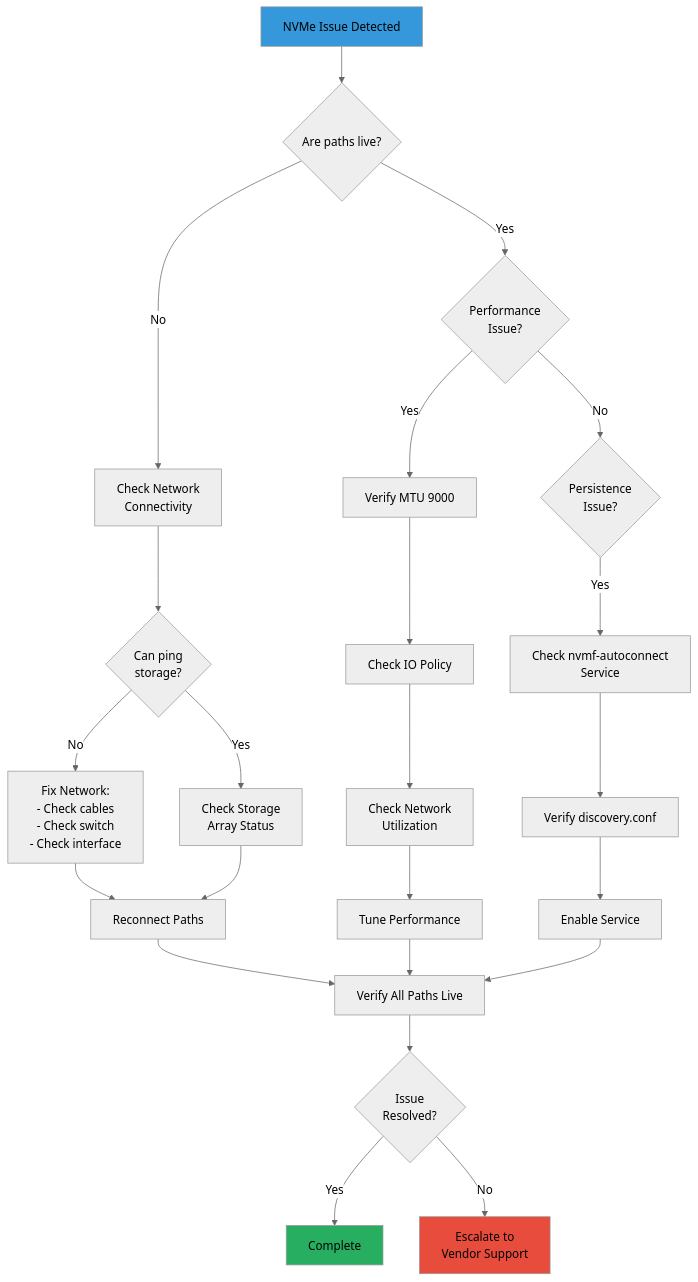
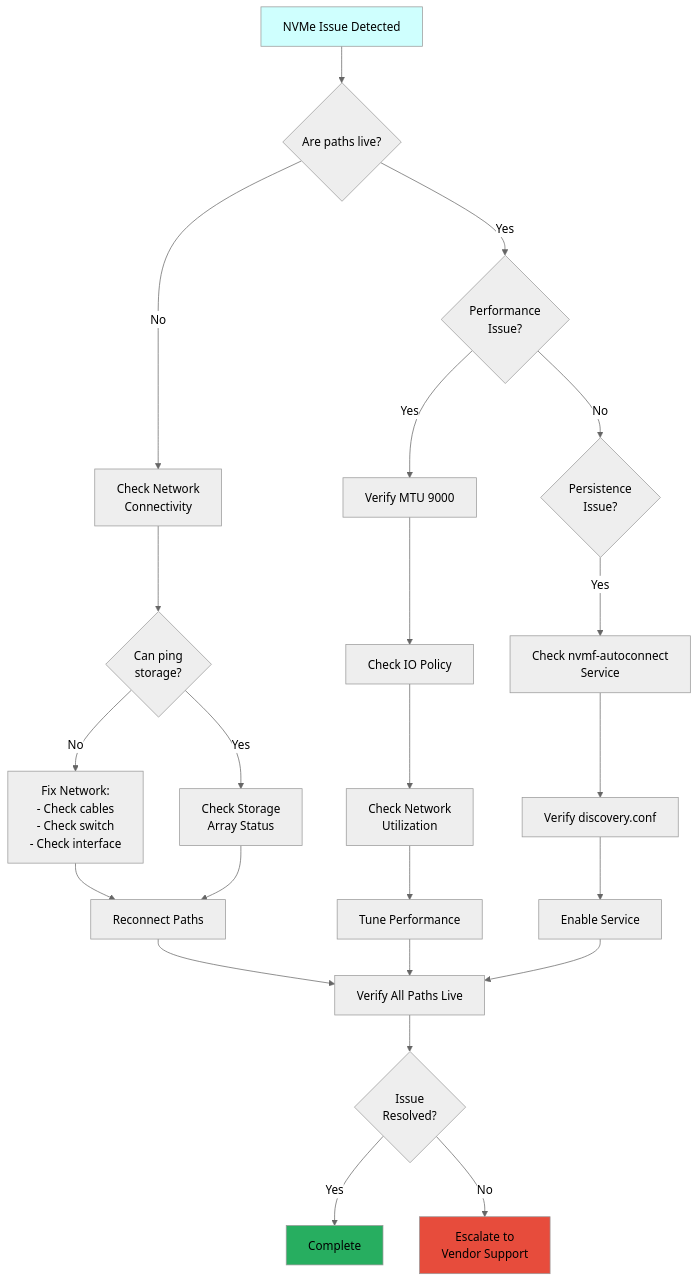
The eighth of 8 diagrams in Proxmox/nvme-tcp/BEST-PRACTICES.md (khensler/Quickstart-Guides), drawn with Mermaid (neutral theme) before and after one commit. The commit also changed other lines of this file, not shown here.

````diff
--- a/Proxmox/nvme-tcp/BEST-PRACTICES.md
+++ b/Proxmox/nvme-tcp/BEST-PRACTICES.md
@@ -1738,39 +1738,39 @@
 ```mermaid
 graph TD
     START[NVMe Issue Detected]
 
     START --> CHECK_PATHS{Are paths live?}
 
     CHECK_PATHS -->|No| CHECK_NET[Check Network<br/>Connectivity]
     CHECK_NET --> PING{Can ping<br/>storage?}
     PING -->|No| FIX_NET[Fix Network:<br/>- Check cables<br/>- Check switch<br/>- Check interface]
     PING -->|Yes| CHECK_STORAGE[Check Storage<br/>Array Status]
 
     CHECK_PATHS -->|Yes| CHECK_PERF{Performance<br/>Issue?}
 
     CHECK_PERF -->|Yes| CHECK_MTU[Verify MTU 9000]
     CHECK_MTU --> CHECK_IOPOLICY[Check IO Policy]
     CHECK_IOPOLICY --> CHECK_LOAD[Check Network<br/>Utilization]
 
     CHECK_PERF -->|No| CHECK_PERSIST{Persistence<br/>Issue?}
 
     CHECK_PERSIST -->|Yes| CHECK_SERVICE[Check nvmf-autoconnect<br/>Service]
     CHECK_SERVICE --> CHECK_CONFIG[Verify discovery.conf]
 
     FIX_NET --> RECONNECT[Reconnect Paths]
     CHECK_STORAGE --> RECONNECT
     CHECK_LOAD --> TUNE[Tune Performance]
     CHECK_CONFIG --> ENABLE_SERVICE[Enable Service]
 
     RECONNECT --> VERIFY[Verify All Paths Live]
     TUNE --> VERIFY
     ENABLE_SERVICE --> VERIFY
 
     VERIFY --> RESOLVED{Issue<br/>Resolved?}
     RESOLVED -->|Yes| END[Complete]
     RESOLVED -->|No| ESCALATE[Escalate to<br/>Vendor Support]
 
-    style START fill:#3498db
+    style START fill:#CFFFFE
     style END fill:#27ae60
     style ESCALATE fill:#e74c3c
 ```
````
